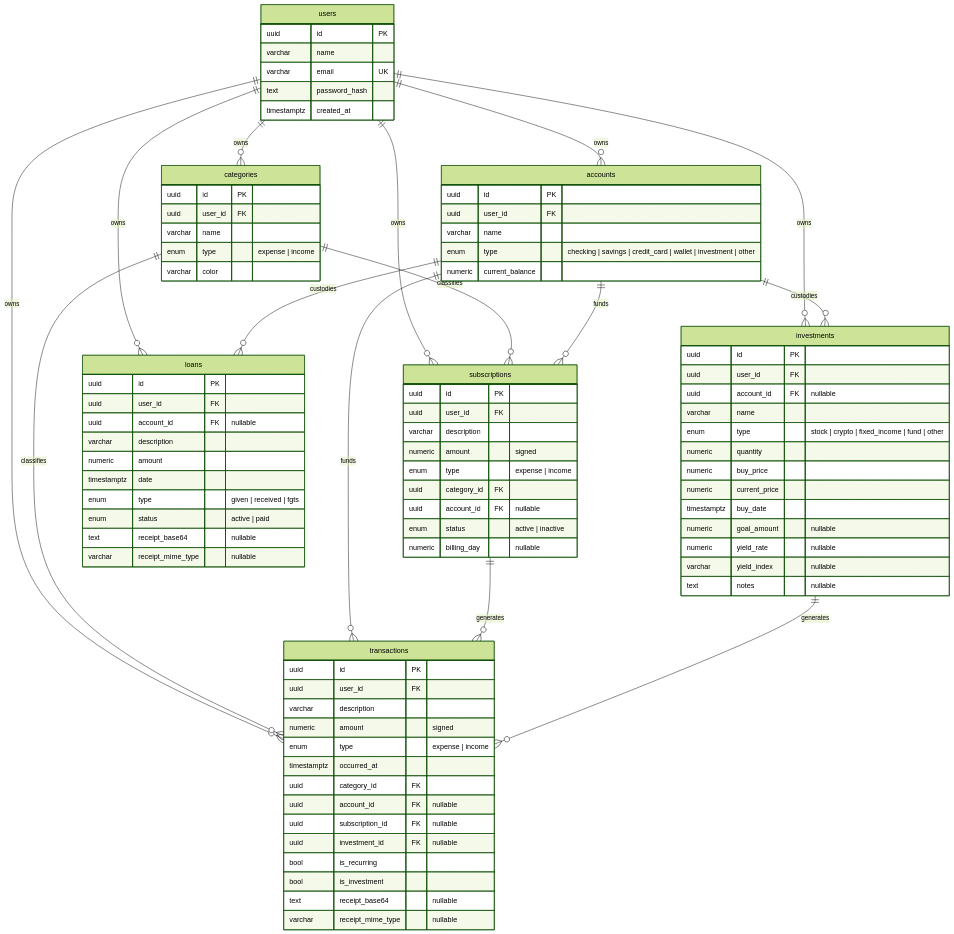
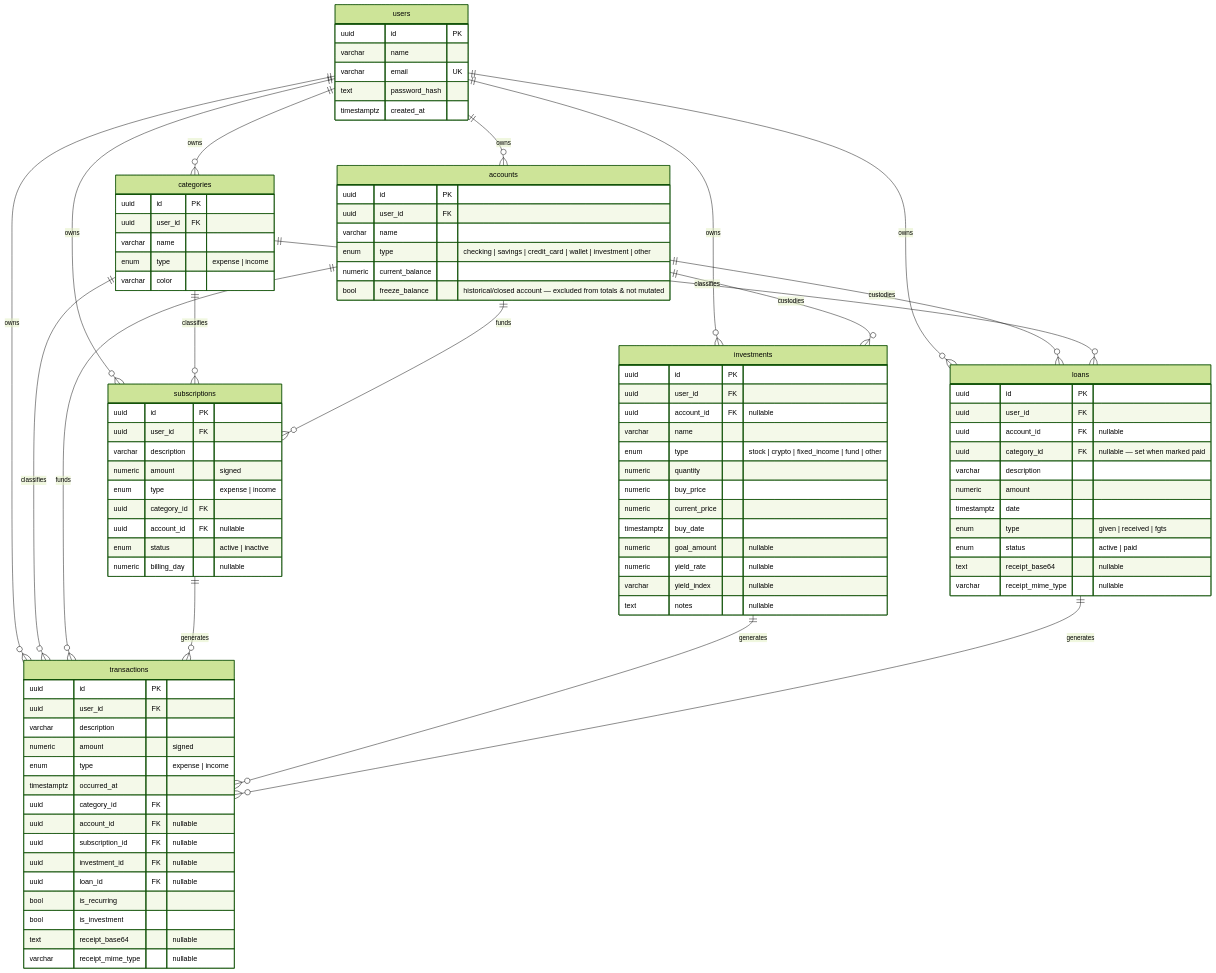
Before and after one commit to moablive/LBS_MoneyAPP: the diagram in AI_context/data-model.md, drawn with Mermaid (forest theme). The commit also changed other lines of this file and 6 other files, not shown here.

```diff
--- a/AI_context/data-model.md
+++ b/AI_context/data-model.md
@@ -19,8 +19,10 @@
   accounts ||--o{ subscriptions: funds
   accounts ||--o{ investments  : custodies
   accounts ||--o{ loans        : custodies
+  categories ||--o{ loans      : classifies
   subscriptions ||--o{ transactions: generates
   investments ||--o{ transactions: generates
+  loans ||--o{ transactions    : generates
 
   users {
     uuid id PK
@@ -44,6 +46,7 @@
     varchar name
     enum type "checking | savings | credit_card | wallet | investment | other"
     numeric current_balance
+    bool freeze_balance "historical/closed account — excluded from totals & not mutated"
   }
 
   transactions {
@@ -57,6 +60,7 @@
     uuid account_id FK "nullable"
     uuid subscription_id FK "nullable"
     uuid investment_id FK "nullable"
+    uuid loan_id FK "nullable"
     bool is_recurring
     bool is_investment
     text receipt_base64 "nullable"
@@ -95,6 +99,7 @@
     uuid id PK
     uuid user_id FK
     uuid account_id FK "nullable"
+    uuid category_id FK "nullable — set when marked paid"
     varchar description
     numeric amount
     timestamptz date
```
